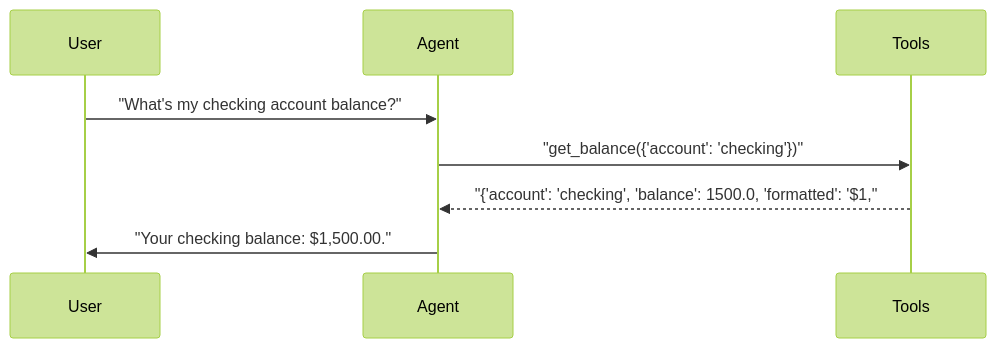
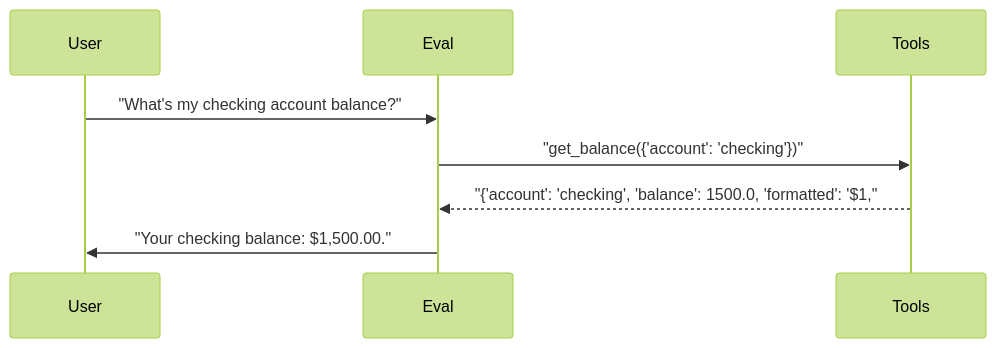
Before and after one commit to sbroenne/pytest-skill-engineering: the first of 6 diagrams in docs/reports/05_prompt_comparison.md, drawn with Mermaid (forest theme). The commit also changed other lines of this file and 155 other files, not shown here.

````diff
--- a/docs/reports/05_prompt_comparison.md
+++ b/docs/reports/05_prompt_comparison.md
@@ -183,11 +183,11 @@
 ```mermaid
 sequenceDiagram
     participant User
-    participant Agent
+    participant Eval
     participant Tools
 
-    User->>Agent: "What's my checking account balance?"
-    Agent->>Tools: "get_balance({'account': 'checking'})"
-    Tools-->>Agent: "{'account': 'checking', 'balance': 1500.0, 'formatted': '$1,"
-    Agent->>User: "Your checking balance: $1,500.00."
+    User->>Eval: "What's my checking account balance?"
+    Eval->>Tools: "get_balance({'account': 'checking'})"
+    Tools-->>Eval: "{'account': 'checking', 'balance': 1500.0, 'formatted': '$1,"
+    Eval->>User: "Your checking balance: $1,500.00."
 ```
````
